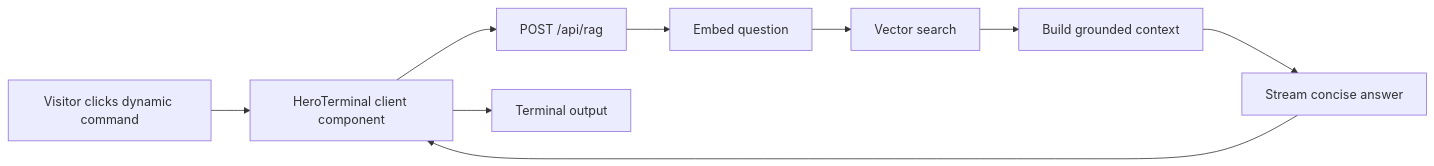
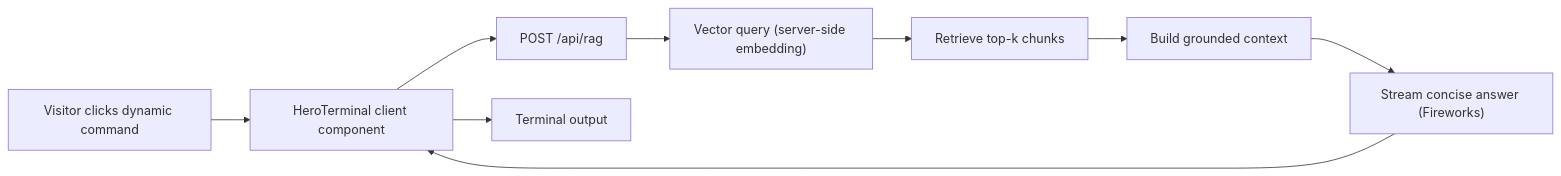
One commit to Mahboob-A/mahboob.engineer changed the diagram in docs/rag/ARCHITECTURE.md. Above: the diagram before and after it, drawn with Mermaid. The commit also changed other lines of this file and 6 other files, not shown here.

First line of the commit message:
Phase 33 — Pivot RAG embedding to Upstash server-side

````diff
--- a/docs/rag/ARCHITECTURE.md
+++ b/docs/rag/ARCHITECTURE.md
@@ -40,11 +40,11 @@
 ```mermaid
 flowchart LR
   A["Visitor clicks dynamic command"] --> B["HeroTerminal client component"]
   B --> C["POST /api/rag"]
-  C --> D["Embed question"]
-  D --> E["Vector search"]
+  C --> D["Vector query (server-side embedding)"]
+  D --> E["Retrieve top-k chunks"]
   E --> F["Build grounded context"]
-  F --> G["Stream concise answer"]
+  F --> G["Stream concise answer (Fireworks)"]
   G --> B
   B --> H["Terminal output"]
 ```
````
